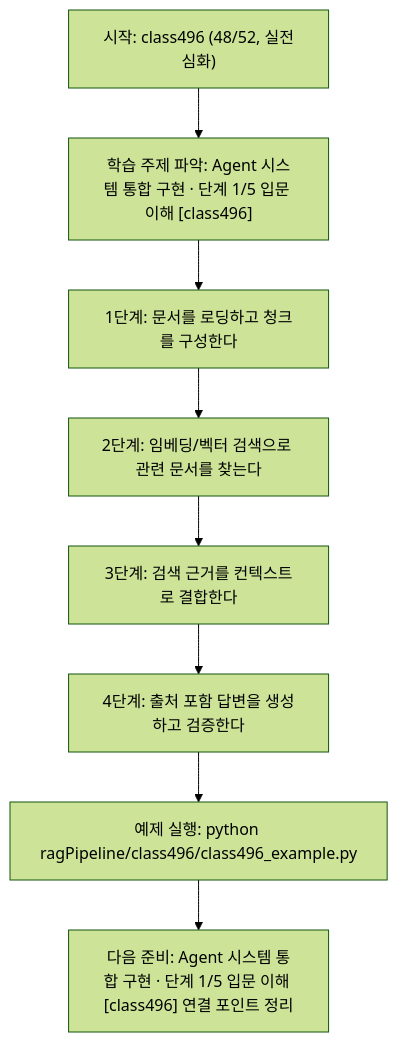
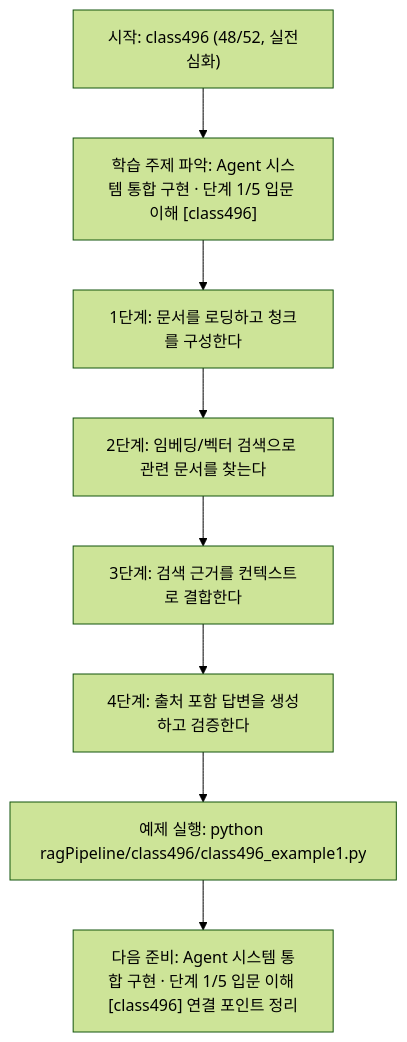
The diagram in ragPipeline/class496/class496.md (edumgt/Python-AI_Agent-Class), drawn with Mermaid (forest theme) before and after one commit. The commit also changed other lines of this file and 2959 other files, not shown here.

````diff
--- a/ragPipeline/class496/class496.md
+++ b/ragPipeline/class496/class496.md
@@ -112,18 +112,18 @@
 ```mermaid
 flowchart TD
 N1["시작: class496 (48/52, 실전심화)"]
 N2["학습 주제 파악: Agent 시스템 통합 구현 · 단계 1/5 입문 이해 [class496]"]
 N3["1단계: 문서를 로딩하고 청크를 구성한다"]
 N4["2단계: 임베딩/벡터 검색으로 관련 문서를 찾는다"]
 N5["3단계: 검색 근거를 컨텍스트로 결합한다"]
 N6["4단계: 출처 포함 답변을 생성하고 검증한다"]
-N7["예제 실행: python ragPipeline/class496/class496_example.py"]
+N7["예제 실행: python ragPipeline/class496/class496_example1.py"]
 N8["다음 준비: Agent 시스템 통합 구현 · 단계 1/5 입문 이해 [class496] 연결 포인트 정리"]
 N1 --> N2
 N2 --> N3
 N3 --> N4
 N4 --> N5
 N5 --> N6
 N6 --> N7
 N7 --> N8
 ```
````
